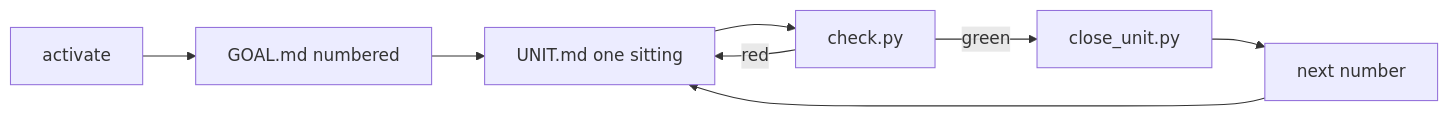
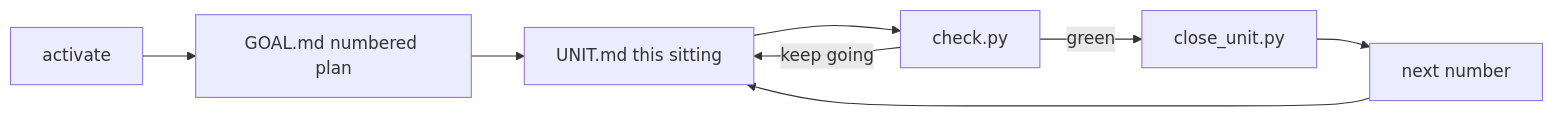
Before and after one commit to msinclair25/glrp: the diagram in README.md, drawn with Mermaid. The commit also changed other lines of this file and 3 other files, not shown here.

Commit message:
Market what GLRP does: plan, one sitting, check, continue

````diff
--- a/README.md
+++ b/README.md
@@ -30,10 +28,10 @@
 ```mermaid
 flowchart LR
-  A[activate] --> B[GOAL.md numbered]
-  B --> C[UNIT.md one sitting]
+  A[activate] --> B[GOAL.md numbered plan]
+  B --> C[UNIT.md this sitting]
   C --> D[check.py]
-  D -->|red| C
+  D -->|keep going| C
   D -->|green| E[close_unit.py]
   E --> F[next number]
   F --> C
 ```
````
